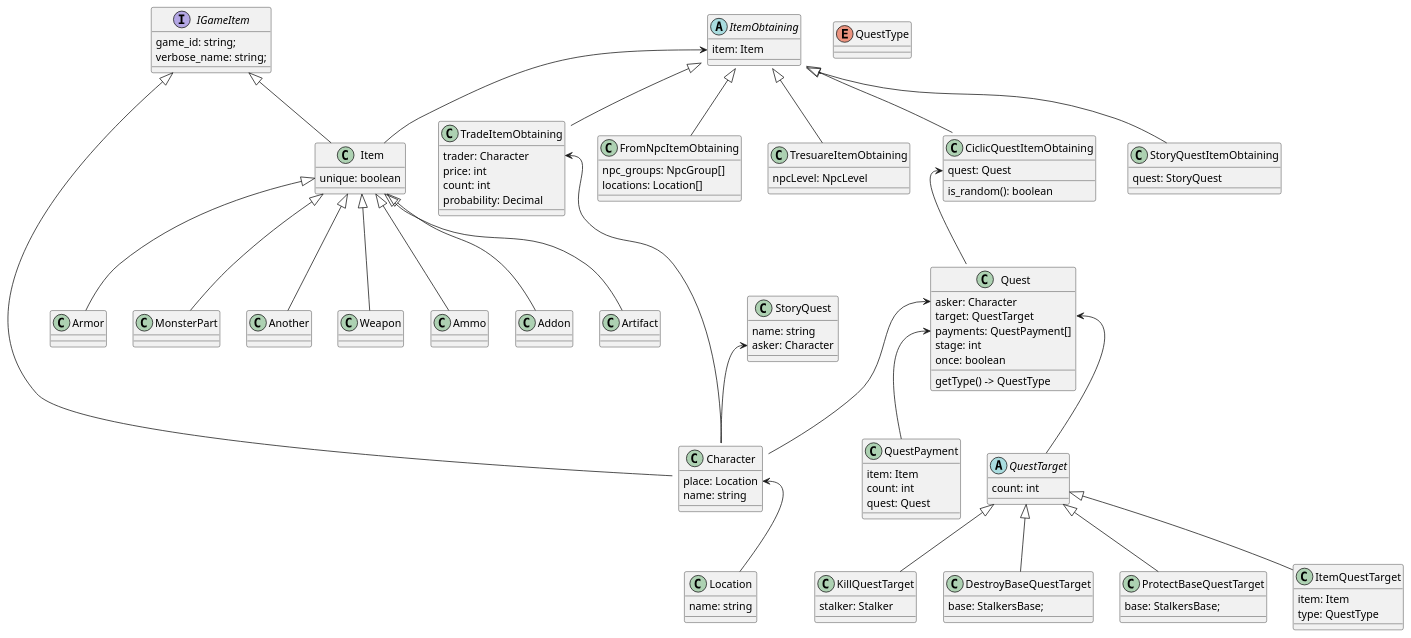
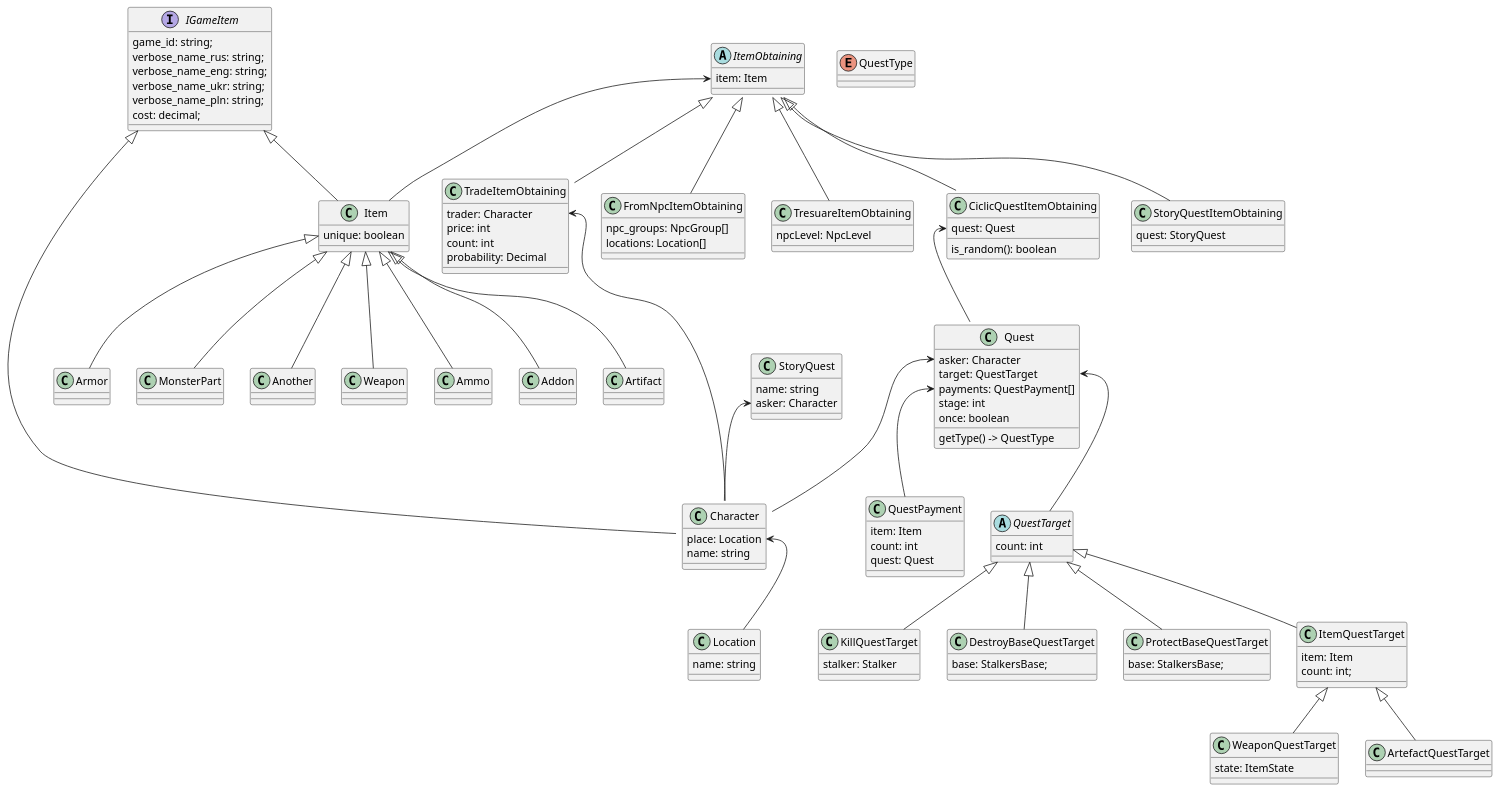
The diagram in models.puml (mishka251/stalker_op22_cyclic_quest_wiki), drawn with PlantUML before and after one commit. The commit also changed 26 other files, not shown here.

Commit message:
Доработки схемы + идея в markdown + наработки по моделям

```diff
--- a/models.puml
+++ b/models.puml
@@ -1,115 +1,127 @@
 @startuml
 'https://plantuml.com/class-diagram
 
 
 interface IGameItem{
     game_id: string;
-    verbose_name: string;
+    verbose_name_rus: string;
+    verbose_name_eng: string;
+    verbose_name_ukr: string;
+    verbose_name_pln: string;
+    cost: decimal;
 }
 
 class Item extends IGameItem{
 unique: boolean
 }
 class Weapon extends Item
 class Ammo extends Item
 class Addon extends Item
 class Artifact extends Item
 class Armor extends Item
 class MonsterPart extends Item
 class Another extends Item
 
 class Character extends IGameItem{
     place: Location
     name: string
 }
 
 class Location{
 name: string
 }
 
 class Quest{
     asker: Character
     target: QuestTarget
     payments: QuestPayment[]
     stage: int
     once: boolean
 
     getType() -> QuestType
 }
 
 enum QuestType{}
 
 abstract  class QuestTarget{
     count: int
 }
 
 class ItemQuestTarget extends QuestTarget{
     item: Item
-    type: QuestType
+    count: int;
+}
+
+class WeaponQuestTarget extends ItemQuestTarget{
+    state: ItemState
+}
+
+class ArtefactQuestTarget extends ItemQuestTarget{
+
 }
 
 class KillQuestTarget extends QuestTarget{
     stalker: Stalker
 }
 
 class DestroyBaseQuestTarget extends QuestTarget{
     base: StalkersBase;
 }
 
 class ProtectBaseQuestTarget extends QuestTarget{
     base: StalkersBase;
 }
 
 class QuestPayment{
     item: Item
     count: int
     quest: Quest
 }
 
 Quest::asker <-- Character
 Quest::target <-- QuestTarget
 Quest::payments <-- QuestPayment
 Character::place <-- Location
 
 abstract class ItemObtaining{
     item: Item
 }
 
 class CiclicQuestItemObtaining extends ItemObtaining{
     quest: Quest
     is_random(): boolean
 }
 
 class StoryQuestItemObtaining extends ItemObtaining{
     quest: StoryQuest
 }
 
 class TradeItemObtaining  extends ItemObtaining{
     trader: Character
     price: int
     count: int
     probability: Decimal
 }
 
 TradeItemObtaining::trader <-- Character
 
 class StoryQuest{
     name: string
     asker: Character
 }
 
 ItemObtaining::item <-- Item
 CiclicQuestItemObtaining::quest <-- Quest
 StoryQuest::asker <-- Character
 
 class FromNpcItemObtaining extends ItemObtaining{
     npc_groups: NpcGroup[]
     locations: Location[]
 }
 
 class TresuareItemObtaining extends ItemObtaining{
     npcLevel: NpcLevel
 }
 
 
 @enduml
```
